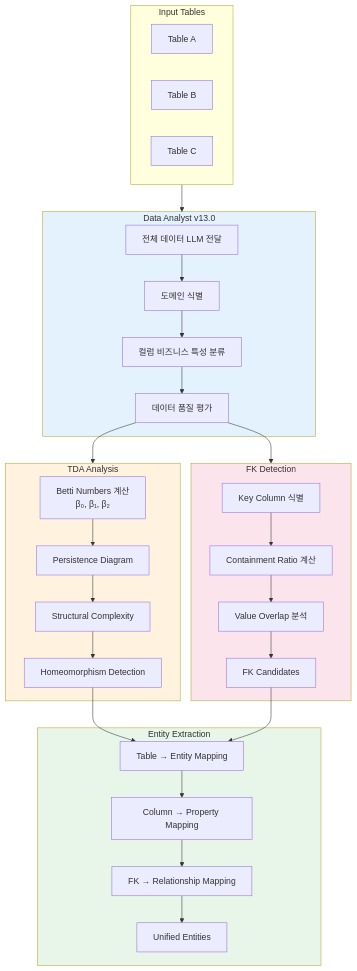
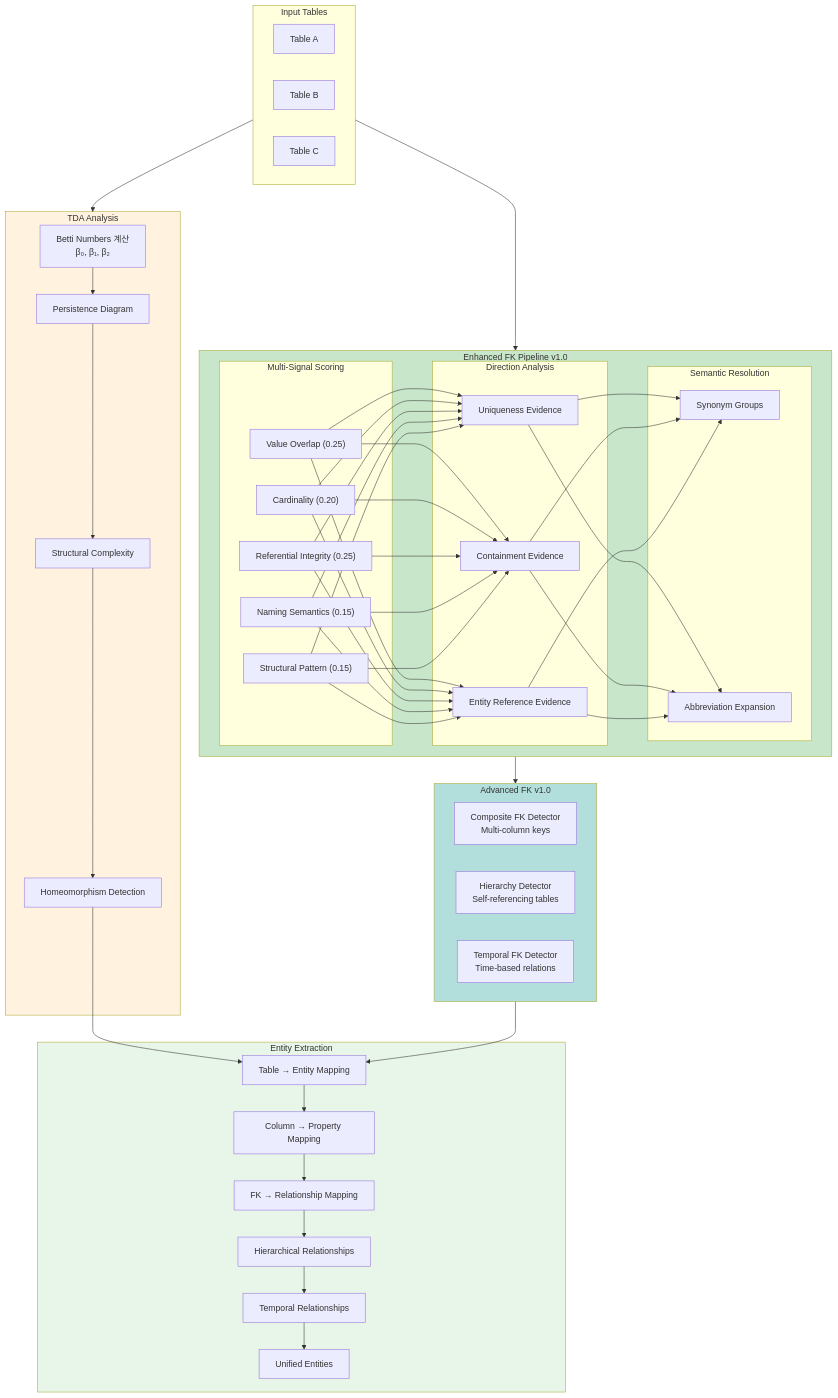
The second of 9 diagrams in docs/diagrams/03-pipeline-workflow.md (sabill123/ontology), drawn with Mermaid before and after one commit. The commit also changed other lines of this file and 176 other files, not shown here.

````diff
--- a/docs/diagrams/03-pipeline-workflow.md
+++ b/docs/diagrams/03-pipeline-workflow.md
@@ -87,51 +105,66 @@
 ```mermaid
 flowchart TB
     subgraph INPUT["Input Tables"]
         T1[Table A]
         T2[Table B]
         T3[Table C]
-    end
-
-    subgraph DA["Data Analyst v13.0"]
-        DA1["전체 데이터 LLM 전달"]
-        DA2["도메인 식별"]
-        DA3["컬럼 비즈니스 특성 분류"]
-        DA4["데이터 품질 평가"]
     end
 
     subgraph TDA["TDA Analysis"]
         TDA1["Betti Numbers 계산<br/>β₀, β₁, β₂"]
         TDA2["Persistence Diagram"]
         TDA3["Structural Complexity"]
         TDA4["Homeomorphism Detection"]
     end
 
-    subgraph FK["FK Detection"]
-        FK1["Key Column 식별"]
-        FK2["Containment Ratio 계산"]
-        FK3["Value Overlap 분석"]
-        FK4["FK Candidates"]
+    subgraph FK["Enhanced FK Pipeline v1.0"]
+        subgraph STAGE1["Multi-Signal Scoring"]
+            FK1["Value Overlap (0.25)"]
+            FK2["Cardinality (0.20)"]
+            FK3["Referential Integrity (0.25)"]
+            FK4["Naming Semantics (0.15)"]
+            FK5["Structural Pattern (0.15)"]
+        end
+
+        subgraph STAGE2["Direction Analysis"]
+            FK6["Uniqueness Evidence"]
+            FK7["Containment Evidence"]
+            FK8["Entity Reference Evidence"]
+        end
+
+        subgraph STAGE3["Semantic Resolution"]
+            FK9["Synonym Groups"]
+            FK10["Abbreviation Expansion"]
+        end
+    end
+
+    subgraph ADVANCED["Advanced FK v1.0"]
+        CFK["Composite FK Detector<br/>Multi-column keys"]
+        HFD["Hierarchy Detector<br/>Self-referencing tables"]
+        TFK["Temporal FK Detector<br/>Time-based relations"]
     end
 
     subgraph ENTITY["Entity Extraction"]
         E1["Table → Entity Mapping"]
         E2["Column → Property Mapping"]
         E3["FK → Relationship Mapping"]
-        E4["Unified Entities"]
+        E4["Hierarchical Relationships"]
+        E5["Temporal Relationships"]
+        E6["Unified Entities"]
     end
 
-    INPUT --> DA
-    DA1 --> DA2 --> DA3 --> DA4
-    DA4 --> TDA & FK
+    INPUT --> TDA & FK
 
     TDA1 --> TDA2 --> TDA3 --> TDA4
-    FK1 --> FK2 --> FK3 --> FK4
+    FK1 & FK2 & FK3 & FK4 & FK5 --> FK6 & FK7 & FK8
+    FK6 & FK7 & FK8 --> FK9 & FK10
 
-    TDA4 & FK4 --> E1
-    E1 --> E2 --> E3 --> E4
+    FK --> ADVANCED
+    TDA4 & ADVANCED --> E1
+    E1 --> E2 --> E3 --> E4 --> E5 --> E6
 
-    style DA fill:#e3f2fd
     style TDA fill:#fff3e0
-    style FK fill:#fce4ec
+    style FK fill:#c8e6c9
+    style ADVANCED fill:#b2dfdb
     style ENTITY fill:#e8f5e9
 ```
````
